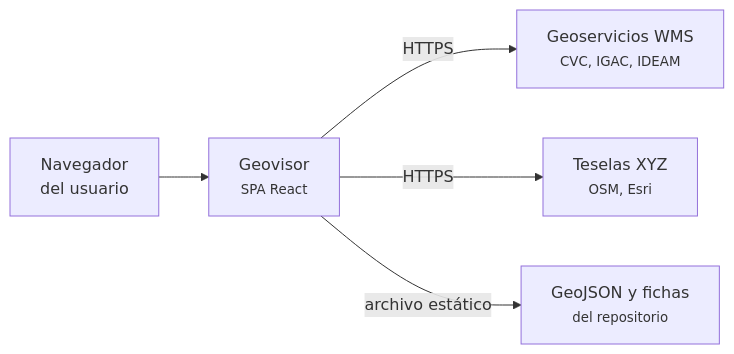
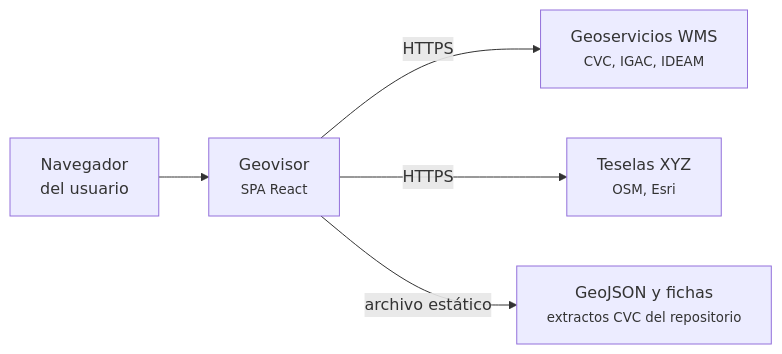
Before and after one commit to DevCristobalvc/geovisor-sevillavalle: the diagram in docs/generador/mmd/mt-01.mmd, drawn with Mermaid. The commit also changed 32 other files, not shown here.

```diff
--- a/docs/generador/mmd/mt-01.mmd
+++ b/docs/generador/mmd/mt-01.mmd
@@ -1,5 +1,5 @@
 flowchart LR
     U["Navegador<br/>del usuario"] --> A["Geovisor<br/><small>SPA React</small>"]
     A -->|"HTTPS"| W["Geoservicios WMS<br/><small>CVC, IGAC, IDEAM</small>"]
     A -->|"HTTPS"| T["Teselas XYZ<br/><small>OSM, Esri</small>"]
-    A -->|"archivo estático"| G["GeoJSON y fichas<br/><small>del repositorio</small>"]
+    A -->|"archivo estático"| G["GeoJSON y fichas<br/><small>extractos CVC del repositorio</small>"]
```
